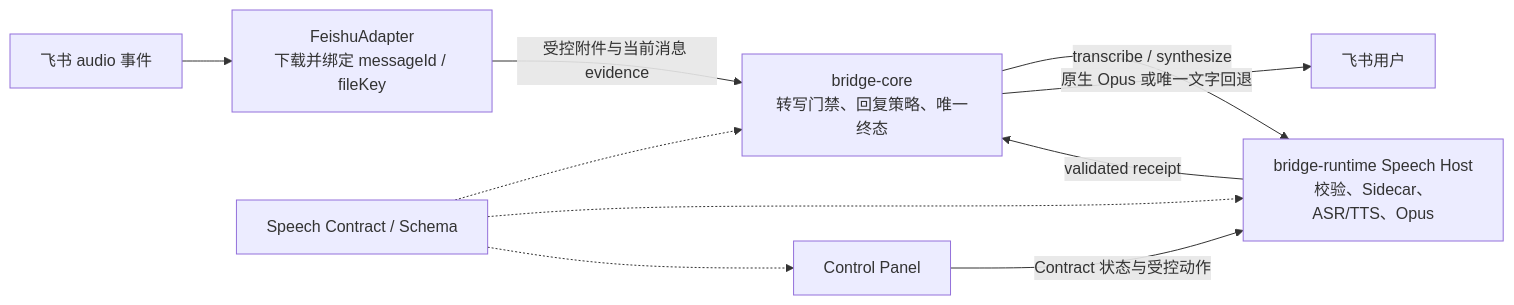
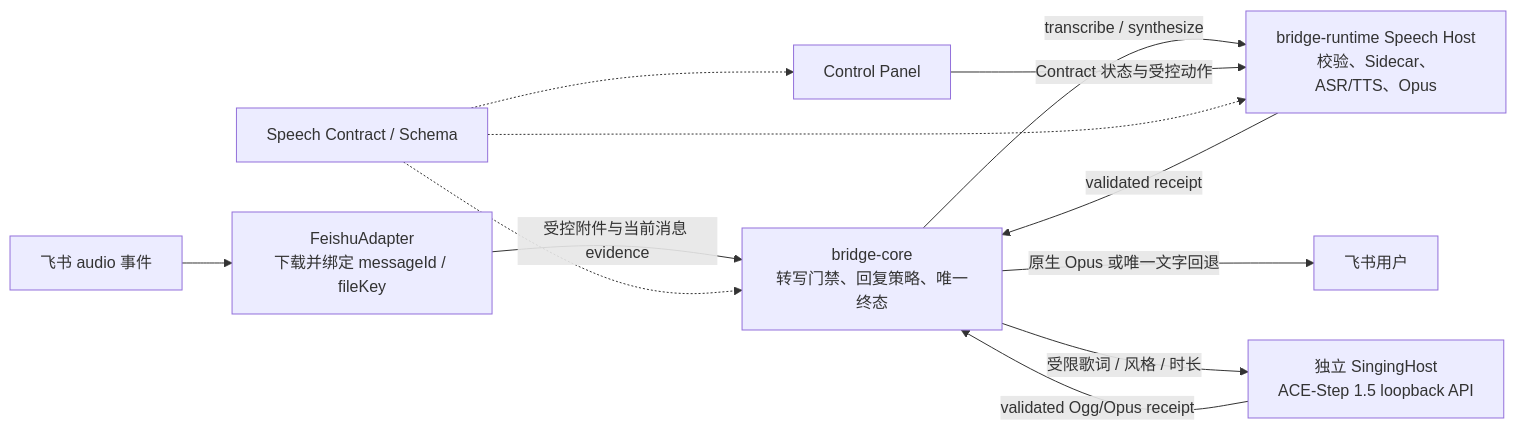
Before and after one commit to dddfuxi/codex-im-suite: diagram 14 of 22 in docs/PROJECT-ARCHITECTURE.md, drawn with Mermaid. The commit also changed other lines of this file and 121 other files, not shown here.

````diff
--- a/docs/PROJECT-ARCHITECTURE.md
+++ b/docs/PROJECT-ARCHITECTURE.md
@@ -645,12 +645,14 @@
 ```mermaid
 flowchart LR
   In["飞书 audio 事件"] --> Adapter["FeishuAdapter<br/>下载并绑定 messageId / fileKey"]
   Adapter -->|"受控附件与当前消息 evidence"| Core["bridge-core<br/>转写门禁、回复策略、唯一终态"]
   Core -->|"transcribe / synthesize"| Runtime["bridge-runtime Speech Host<br/>校验、Sidecar、ASR/TTS、Opus"]
   Runtime -->|"validated receipt"| Core
   Core -->|"原生 Opus 或唯一文字回退"| Out["飞书用户"]
+  Core -->|"受限歌词 / 风格 / 时长"| Singing["独立 SingingHost<br/>ACE-Step 1.5 loopback API"]
+  Singing -->|"validated Ogg/Opus receipt"| Core
   Panel["Control Panel"] -->|"Contract 状态与受控动作"| Runtime
   Contract["Speech Contract / Schema"] -.-> Core
   Contract -.-> Runtime
   Contract -.-> Panel
 ```
````
